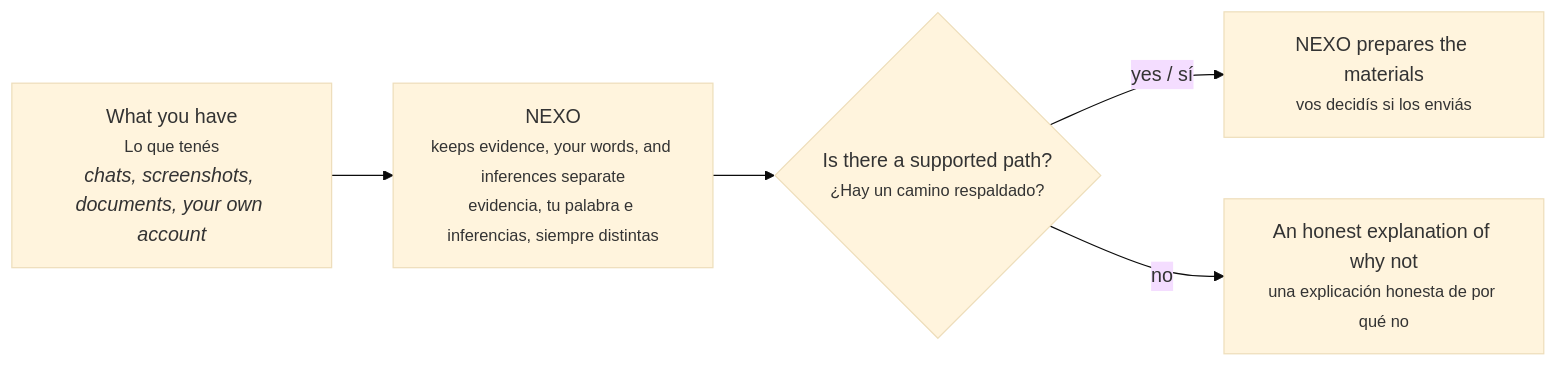
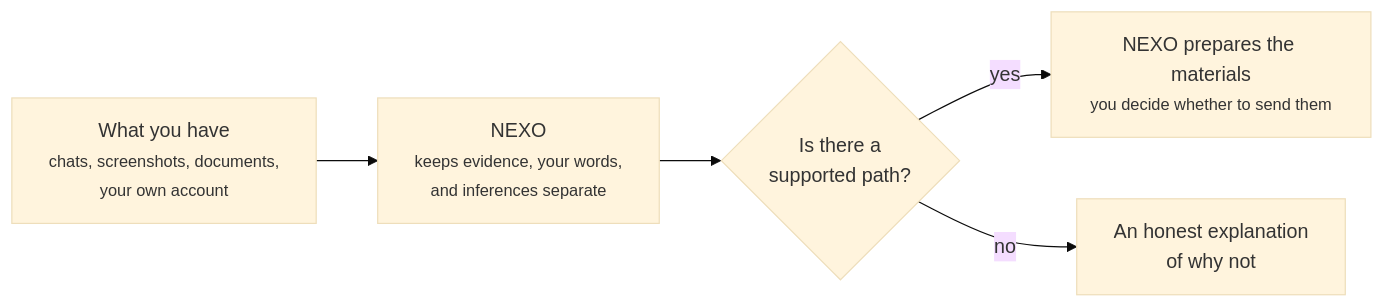
One commit to annatchijova/nexo changed the diagram in README.md. Above: the diagram before and after it, drawn with Mermaid (base theme). The commit also changed other lines of this file and 3 other files, not shown here.

````diff
--- a/README.md
+++ b/README.md
@@ -15,7 +32,7 @@
 ```mermaid
 flowchart LR
-    input["What you have<br/><small>Lo que tenés</small><br/><i>chats, screenshots, documents, your own account</i>"] --> nexo["NEXO<br/><small>keeps evidence, your words, and inferences separate<br/>evidencia, tu palabra e inferencias, siempre distintas</small>"]
-    nexo --> question{"Is there a supported path?<br/><small>¿Hay un camino respaldado?</small>"}
-    question -->|"yes / sí"| prep["NEXO prepares the materials<br/><small>vos decidís si los enviás</small>"]
-    question -->|"no"| honest["An honest explanation of why not<br/><small>una explicación honesta de por qué no</small>"]
+    input["What you have<br/><small>chats, screenshots, documents,<br/>your own account</small>"] --> nexo["NEXO<br/><small>keeps evidence, your words,<br/>and inferences separate</small>"]
+    nexo --> question{"Is there a<br/>supported path?"}
+    question -->|"yes"| prep["NEXO prepares the materials<br/><small>you decide whether to send them</small>"]
+    question -->|"no"| honest["An honest explanation<br/>of why not"]
 ```
````
